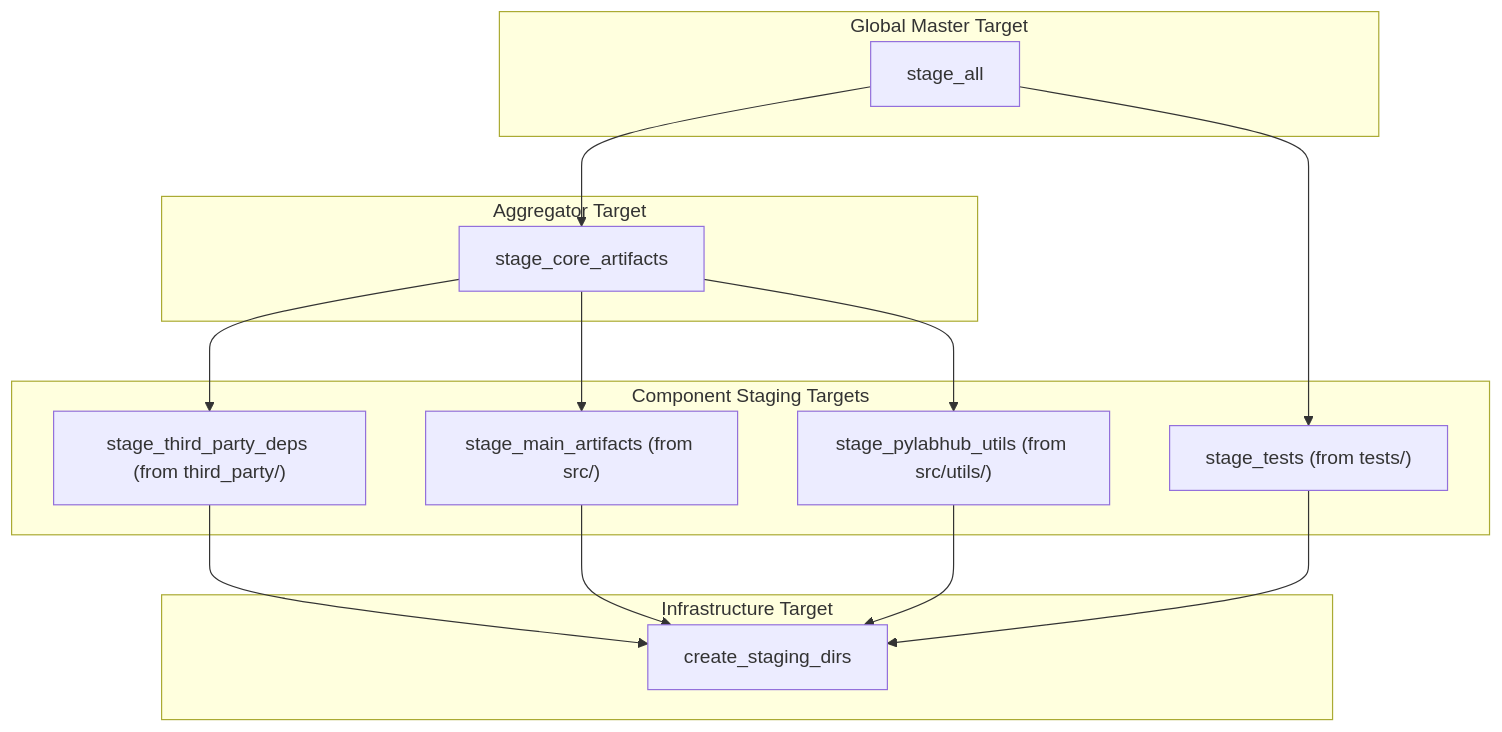
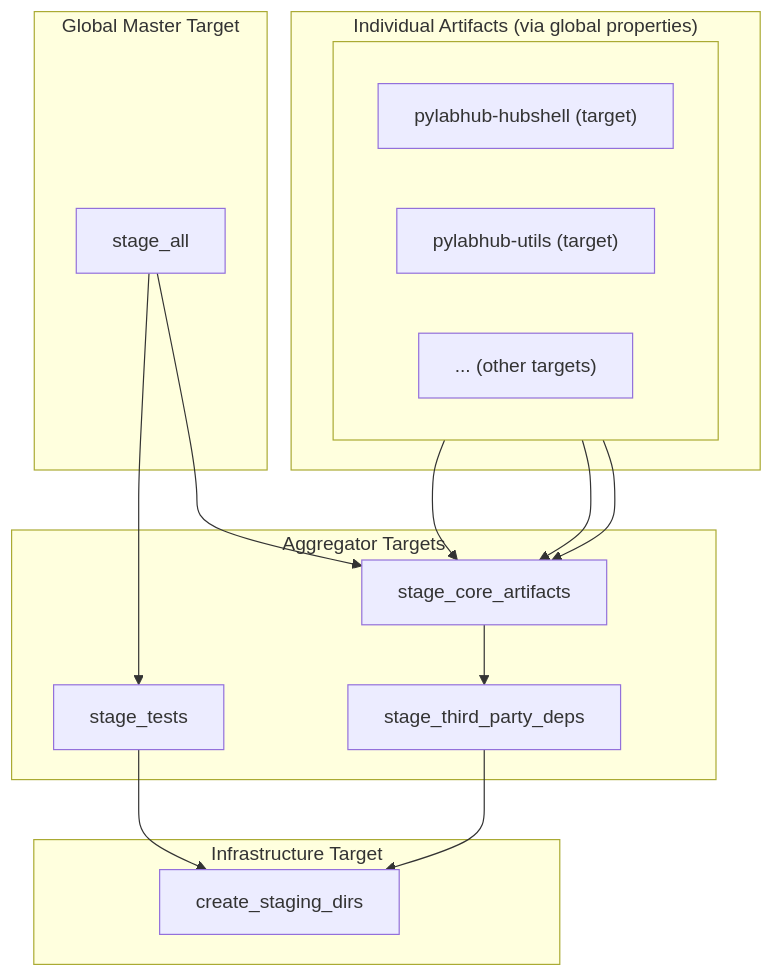
Before and after one commit to Qing-LAB/pylabhub: the second of 2 diagrams in cpp/docs/README_CMake_Design.md, drawn with Mermaid. The commit also changed other lines of this file and 17 other files, not shown here.

````diff
--- a/cpp/docs/README_CMake_Design.md
+++ b/cpp/docs/README_CMake_Design.md
@@ -87,33 +74,34 @@
 ```mermaid
 graph TD
     subgraph "Global Master Target"
         stage_all;
     end
     
-    subgraph "Aggregator Target"
+    subgraph "Aggregator Targets"
         stage_core_artifacts;
-    end
-
-    subgraph "Component Staging Targets"
-        stage_main_artifacts["stage_main_artifacts (from src/)"];
-        stage_pylabhub_utils["stage_pylabhub_utils (from src/utils/)"];
-        stage_third_party_deps["stage_third_party_deps (from third_party/)"];
-        stage_tests["stage_tests (from tests/)"];
+        stage_third_party_deps;
+        stage_tests;
     end
     
     subgraph "Infrastructure Target"
       create_staging_dirs;
     end
 
     stage_all --> stage_core_artifacts;
     stage_all --> stage_tests;
     
     stage_core_artifacts --> stage_third_party_deps;
-    stage_core_artifacts --> stage_main_artifacts;
-    stage_core_artifacts --> stage_pylabhub_utils;
 
-    stage_main_artifacts --> create_staging_dirs;
-    stage_pylabhub_utils --> create_staging_dirs;
     stage_tests --> create_staging_dirs;
     stage_third_party_deps --> create_staging_dirs;
+
+    subgraph "Individual Artifacts (via global properties)"
+        subgraph " "
+            direction LR
+            A["pylabhub-hubshell (target)"]
+            B["pylabhub-utils (target)"]
+            C["... (other targets)"]
+        end
+    end
+    A & B & C --> stage_core_artifacts
 ```
````
